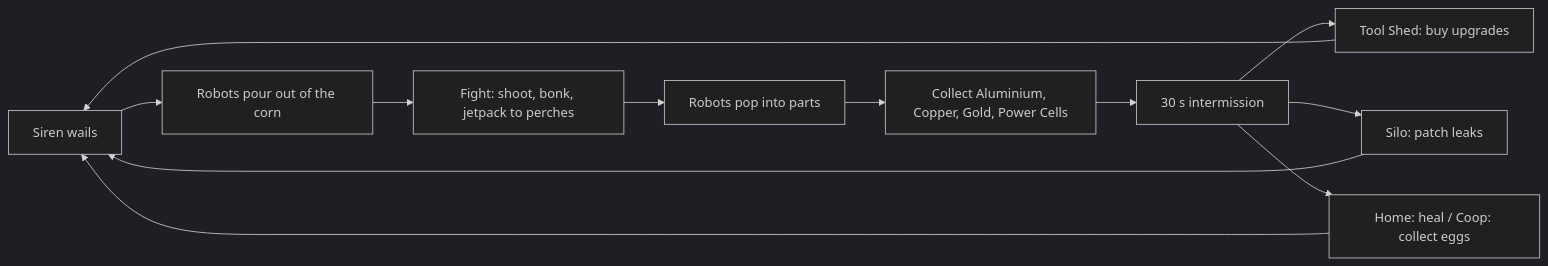
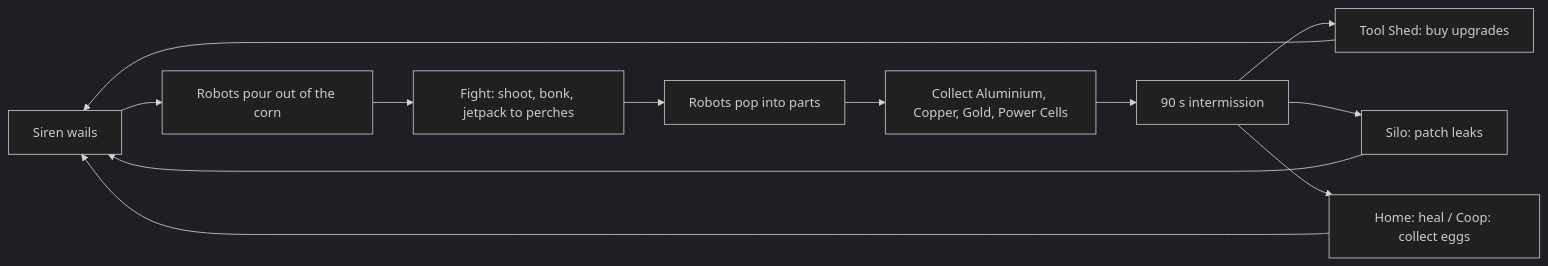
The first of 7 diagrams in Robot_Attack_GDD.md (riotfire/robotattackdemo), drawn with Mermaid (dark theme) before and after one commit. The commit also changed other lines of this file and 159 other files, not shown here.

````diff
--- a/Robot_Attack_GDD.md
+++ b/Robot_Attack_GDD.md
@@ -87,14 +87,14 @@
 ```mermaid
 flowchart LR
     A[Siren wails] --> B[Robots pour out of the corn]
     B --> C[Fight: shoot, bonk, jetpack to perches]
     C --> D[Robots pop into parts]
     D --> E[Collect Aluminium, Copper, Gold, Power Cells]
-    E --> F[30 s intermission]
+    E --> F[90 s intermission]
     F --> G[Tool Shed: buy upgrades]
     F --> H[Silo: patch leaks]
     F --> I[Home: heal / Coop: collect eggs]
     G --> A
     H --> A
     I --> A
 ```
````
